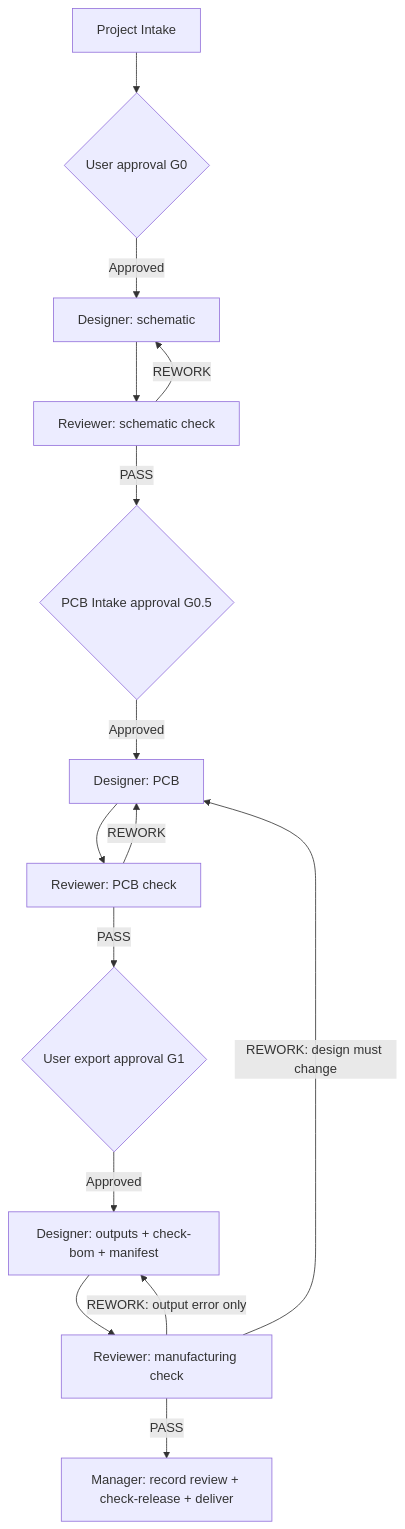
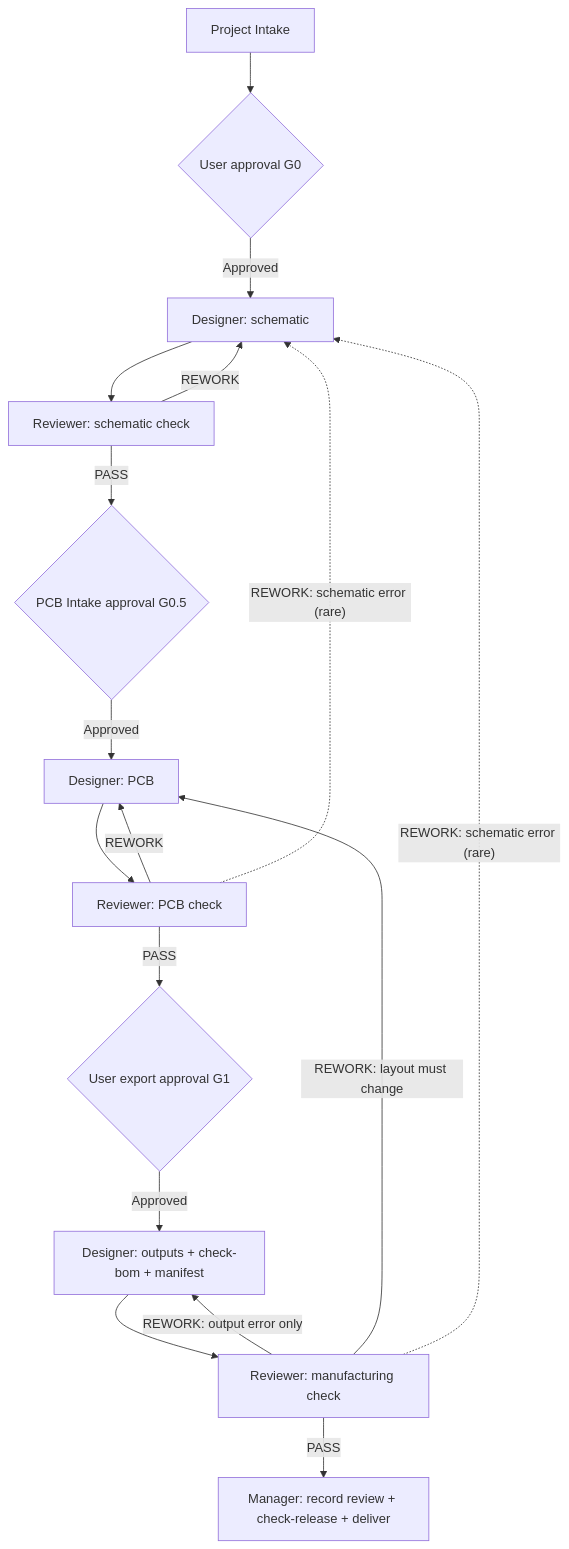
The diagram in README.md (d0ukan/ai-hw-designer), drawn with Mermaid before and after one commit. The commit also changed other lines of this file and 4 other files, not shown here.

Commit message:
v1.17: workflow charts show rare return to schematic from PCB and manufacturing review

````diff
--- a/README.md
+++ b/README.md
@@ -102,17 +102,19 @@
 ```mermaid
 flowchart TD
     I["Project Intake"] --> A{"User approval G0"}
     A -->|"Approved"| D["Designer: schematic"]
     D --> S["Reviewer: schematic check"]
     S -->|"REWORK"| D
     S -->|"PASS"| B{"PCB Intake approval G0.5"}
     B -->|"Approved"| P["Designer: PCB"]
     P --> R["Reviewer: PCB check"]
     R -->|"REWORK"| P
     R -->|"PASS"| G{"User export approval G1"}
     G -->|"Approved"| E["Designer: outputs + check-bom + manifest"]
     E --> V["Reviewer: manufacturing check"]
     V -->|"REWORK: output error only"| E
-    V -->|"REWORK: design must change"| P
+    V -->|"REWORK: layout must change"| P
+    R -.->|"REWORK: schematic error (rare)"| D
+    V -.->|"REWORK: schematic error (rare)"| D
     V -->|"PASS"| H["Manager: record review + check-release + deliver"]
 ```
````
